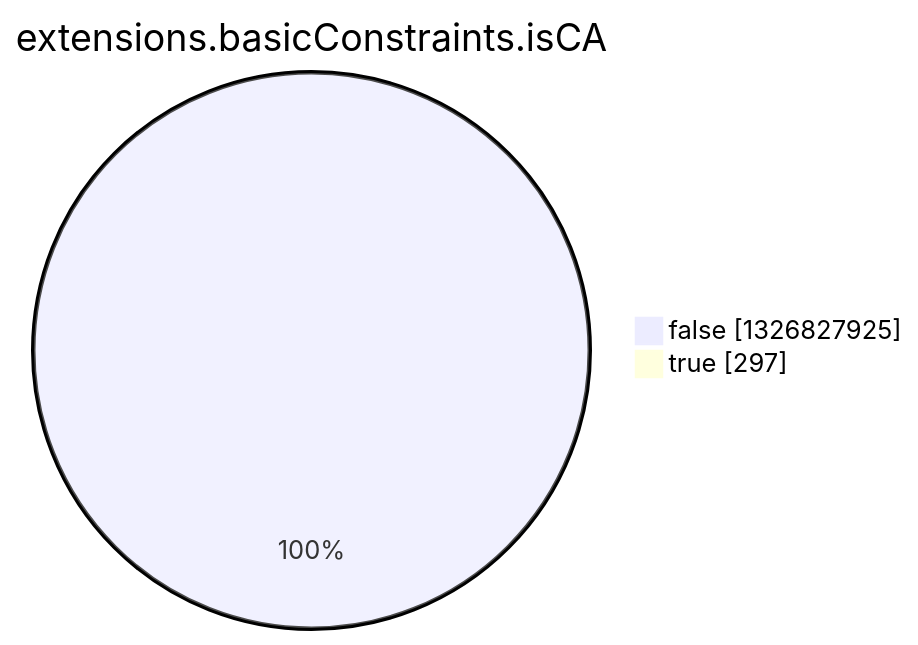
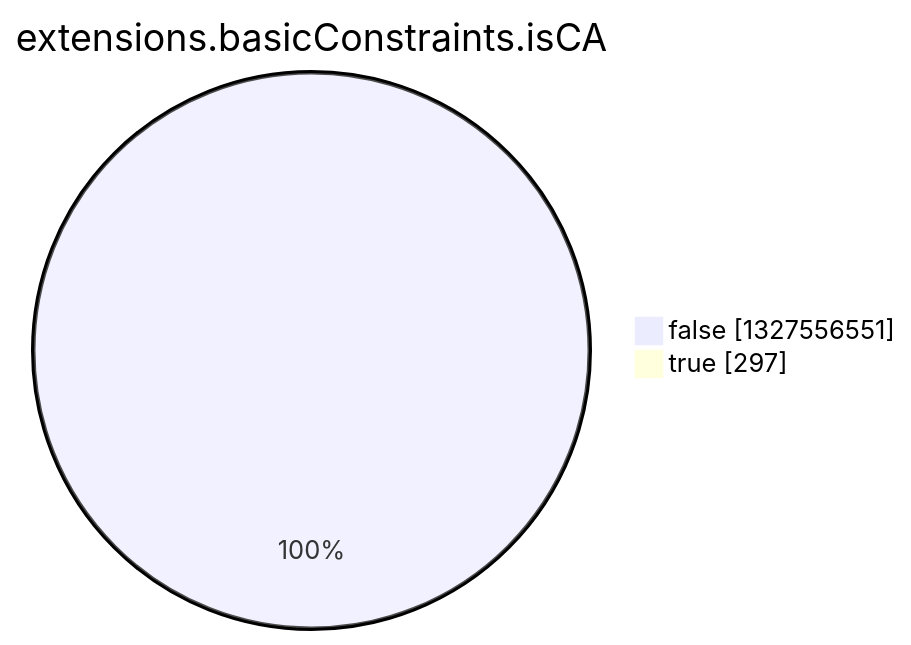
Before and after one commit to christiankrug/ctmonitor_visualization: the eighth of 15 diagrams in argon2022/README.md, drawn with Mermaid. The commit also changed other lines of this file, not shown here.

````diff
--- a/argon2022/README.md
+++ b/argon2022/README.md
@@ -2758,6 +2758,6 @@
 ```mermaid
 pie showData
 title extensions.basicConstraints.isCA
-"false" :1326827925
+"false" :1327556551
 "true" :297
 ```
````
